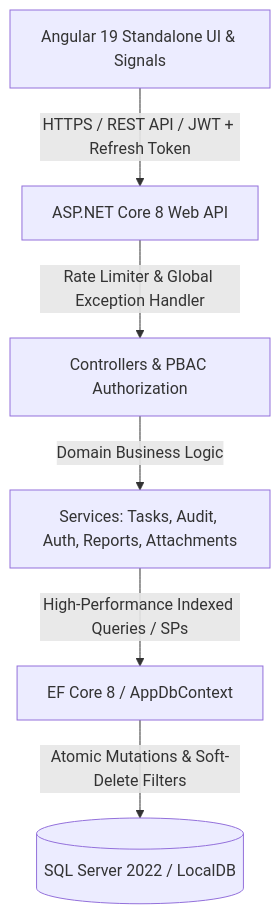
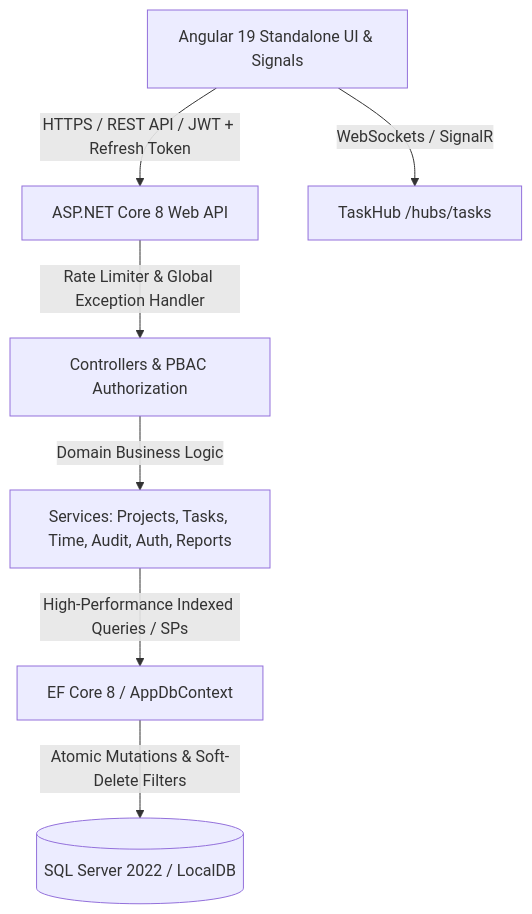
One commit to pra2011shant/TaskmgmtSystem changed the first of 2 diagrams in README.md. Above: the diagram before and after it, drawn with Mermaid. The commit also changed other lines of this file and 2 other files, not shown here.

Commit message:
docs: complete enterprise requirements checklist A-V, Mermaid ER diagram, health endpoint, and updated Postman collection

````diff
--- a/README.md
+++ b/README.md
@@ -15,8 +15,9 @@
 ```mermaid
 graph TD
     Client[Angular 19 Standalone UI & Signals] -->|HTTPS / REST API / JWT + Refresh Token| Gateway[ASP.NET Core 8 Web API]
+    Client -->|WebSockets / SignalR| Hub[TaskHub /hubs/tasks]
     Gateway -->|Rate Limiter & Global Exception Handler| ControllerLayer[Controllers & PBAC Authorization]
-    ControllerLayer -->|Domain Business Logic| ServiceLayer[Services: Tasks, Audit, Auth, Reports, Attachments]
+    ControllerLayer -->|Domain Business Logic| ServiceLayer[Services: Projects, Tasks, Time, Audit, Auth, Reports]
     ServiceLayer -->|High-Performance Indexed Queries / SPs| DbContext[EF Core 8 / AppDbContext]
     DbContext -->|Atomic Mutations & Soft-Delete Filters| Database[(SQL Server 2022 / LocalDB)]
 ```
````
